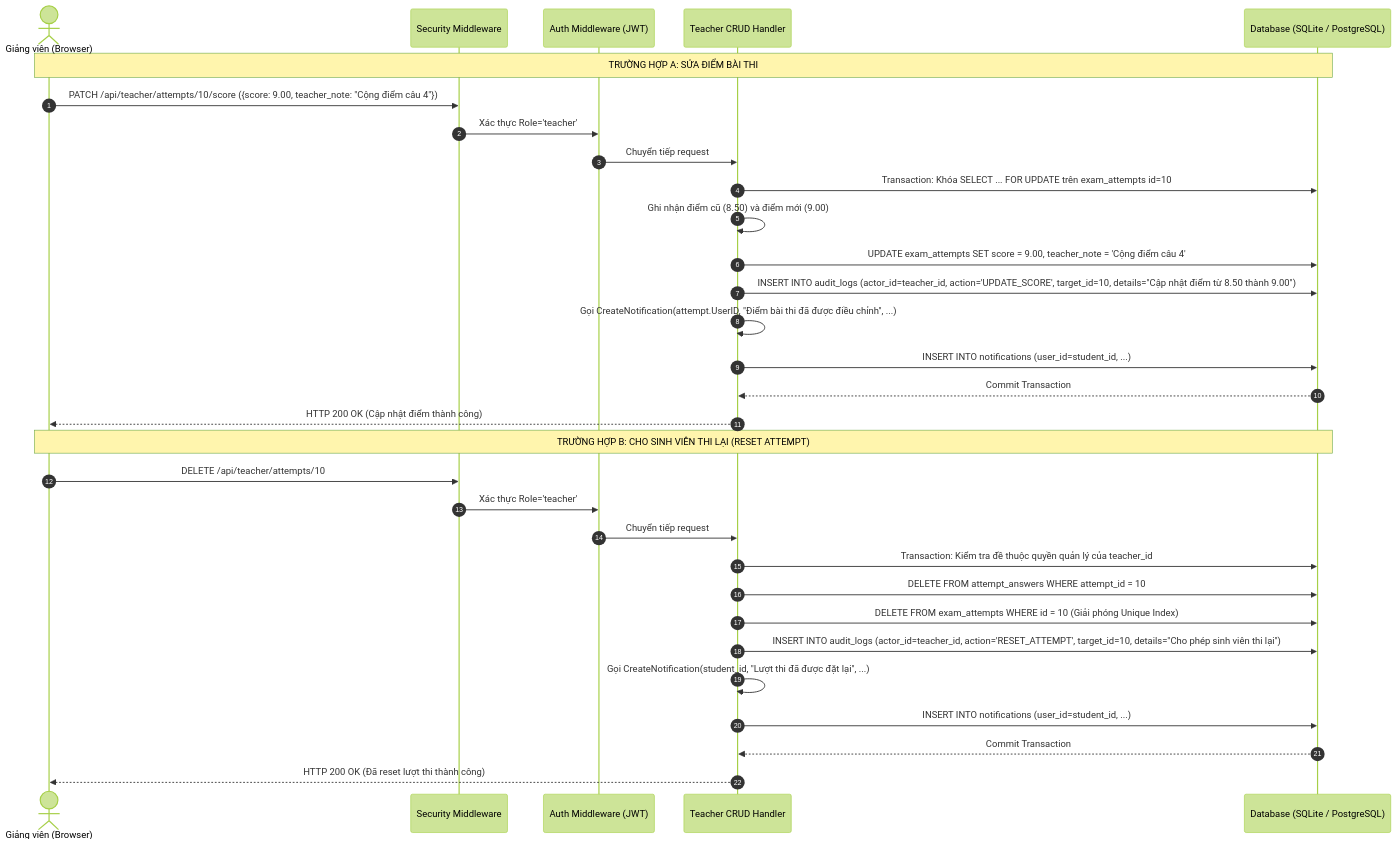
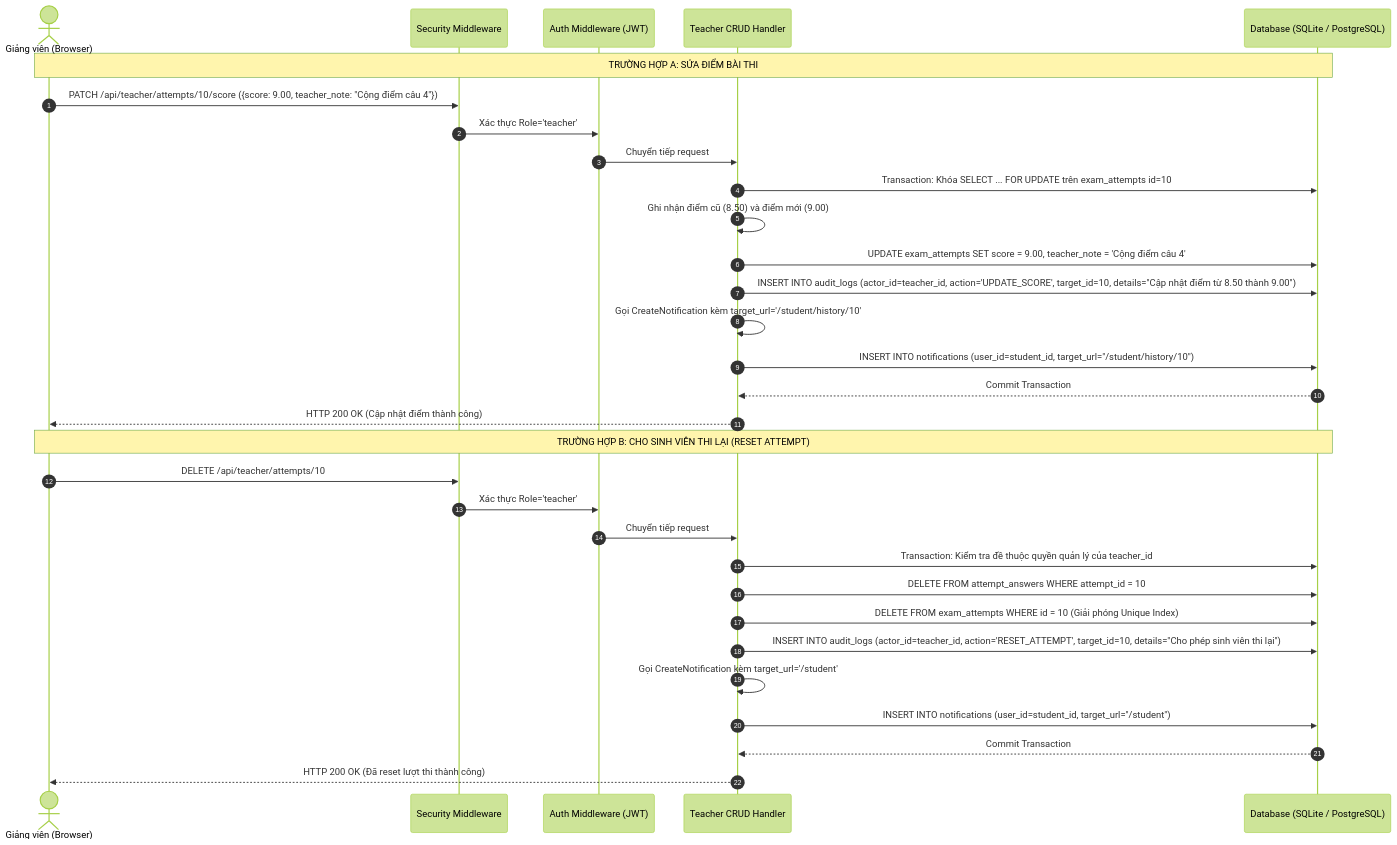
The eighth of 8 diagrams in ARCHITECTURE_AND_REPORT.md (NguenDung/exam-system-mvp), drawn with Mermaid (forest theme) before and after one commit. The commit also changed other lines of this file and 23 other files, not shown here.

Commit message:
feat: add user profiles, classrooms, directory, actionable notifications and refine docs

````diff
--- a/ARCHITECTURE_AND_REPORT.md
+++ b/ARCHITECTURE_AND_REPORT.md
@@ -665,35 +720,35 @@
 ```mermaid
 sequenceDiagram
     autonumber
     actor Teacher as Giảng viên (Browser)
     participant Sec as Security Middleware
     participant Auth as Auth Middleware (JWT)
     participant Handler as Teacher CRUD Handler
     participant DB as Database (SQLite / PostgreSQL)
 
     Note over Teacher, DB: TRƯỜNG HỢP A: SỬA ĐIỂM BÀI THI
     Teacher->>Sec: PATCH /api/teacher/attempts/10/score ({score: 9.00, teacher_note: "Cộng điểm câu 4"})
     Sec->>Auth: Xác thực Role='teacher'
     Auth->>Handler: Chuyển tiếp request
     Handler->>DB: Transaction: Khóa SELECT ... FOR UPDATE trên exam_attempts id=10
     Handler->>Handler: Ghi nhận điểm cũ (8.50) và điểm mới (9.00)
     Handler->>DB: UPDATE exam_attempts SET score = 9.00, teacher_note = 'Cộng điểm câu 4'
     Handler->>DB: INSERT INTO audit_logs (actor_id=teacher_id, action='UPDATE_SCORE', target_id=10, details="Cập nhật điểm từ 8.50 thành 9.00")
-    Handler->>Handler: Gọi CreateNotification(attempt.UserID, "Điểm bài thi đã được điều chỉnh", ...)
-    Handler->>DB: INSERT INTO notifications (user_id=student_id, ...)
+    Handler->>Handler: Gọi CreateNotification kèm target_url='/student/history/10'
+    Handler->>DB: INSERT INTO notifications (user_id=student_id, target_url="/student/history/10")
     DB-->>Handler: Commit Transaction
     Handler-->>Teacher: HTTP 200 OK (Cập nhật điểm thành công)
 
     Note over Teacher, DB: TRƯỜNG HỢP B: CHO SINH VIÊN THI LẠI (RESET ATTEMPT)
     Teacher->>Sec: DELETE /api/teacher/attempts/10
     Sec->>Auth: Xác thực Role='teacher'
     Auth->>Handler: Chuyển tiếp request
     Handler->>DB: Transaction: Kiểm tra đề thuộc quyền quản lý của teacher_id
     Handler->>DB: DELETE FROM attempt_answers WHERE attempt_id = 10
     Handler->>DB: DELETE FROM exam_attempts WHERE id = 10 (Giải phóng Unique Index)
     Handler->>DB: INSERT INTO audit_logs (actor_id=teacher_id, action='RESET_ATTEMPT', target_id=10, details="Cho phép sinh viên thi lại")
-    Handler->>Handler: Gọi CreateNotification(student_id, "Lượt thi đã được đặt lại", ...)
-    Handler->>DB: INSERT INTO notifications (user_id=student_id, ...)
+    Handler->>Handler: Gọi CreateNotification kèm target_url='/student'
+    Handler->>DB: INSERT INTO notifications (user_id=student_id, target_url="/student")
     DB-->>Handler: Commit Transaction
     Handler-->>Teacher: HTTP 200 OK (Đã reset lượt thi thành công)
 ```
````
